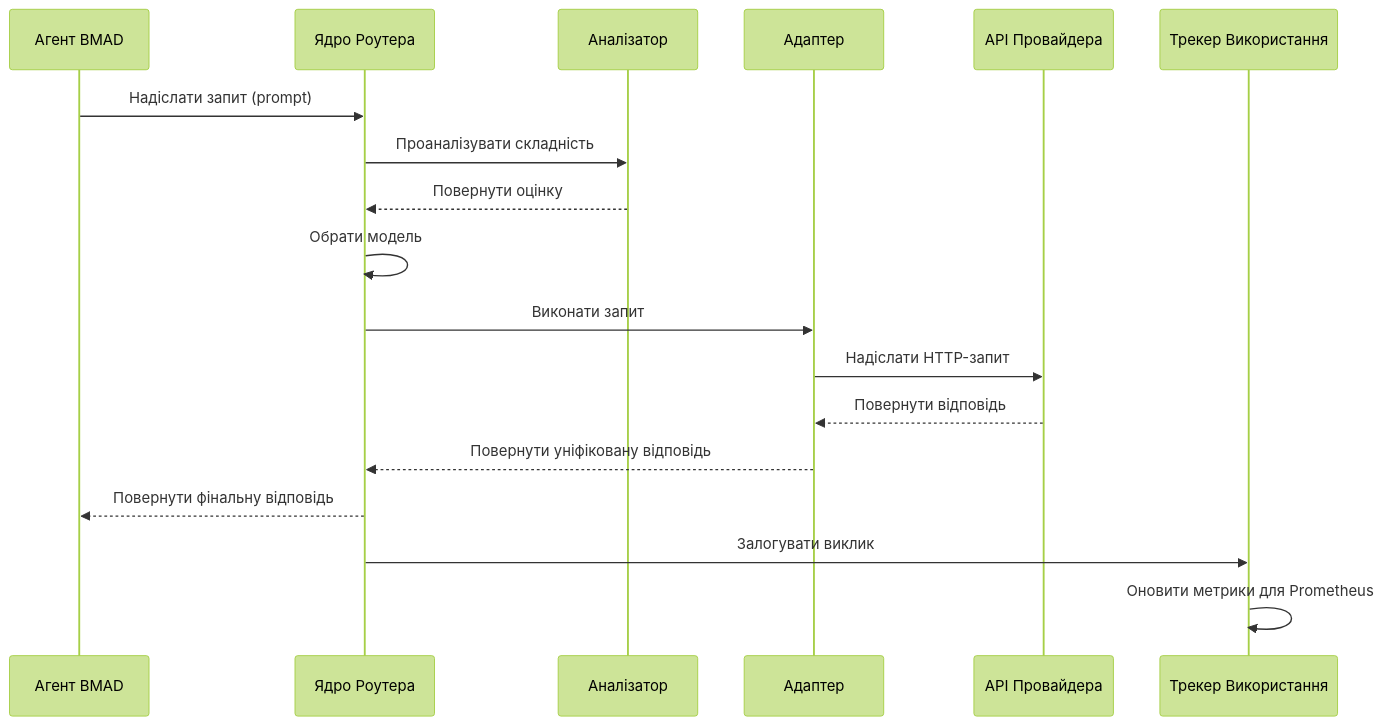
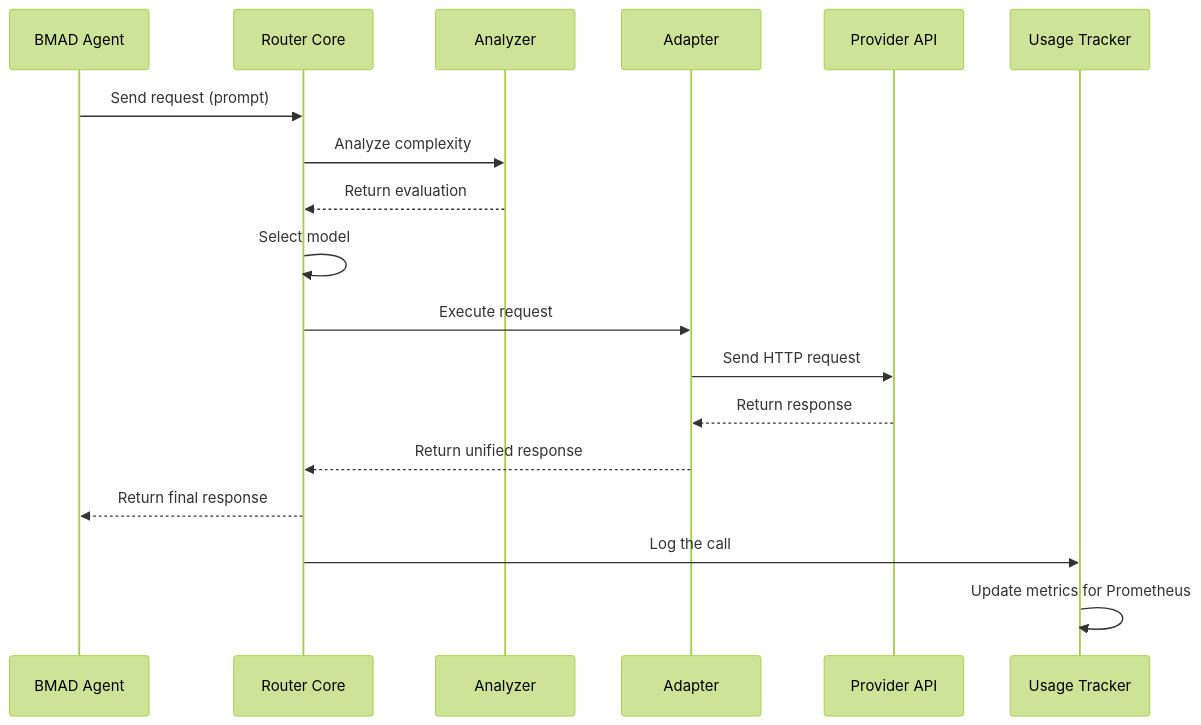
Before and after one commit to oblik-io/bmad-llm-router: the second of 2 diagrams in docs/architecture.md, drawn with Mermaid (forest theme). The commit also changed other lines of this file and 4 other files, not shown here.

````diff
--- a/docs/architecture.md
+++ b/docs/architecture.md
@@ -80,21 +78,21 @@
 ```mermaid
 sequenceDiagram
-    participant A as Агент BMAD
-    participant R as Ядро Роутера
-    participant An as Аналізатор
-    participant Ad as Адаптер
-    participant API as API Провайдера
-    participant T as Трекер Використання
+    participant A as BMAD Agent
+    participant R as Router Core
+    participant An as Analyzer
+    participant Ad as Adapter
+    participant API as Provider API
+    participant T as Usage Tracker
 
-    A->>R: Надіслати запит (prompt)
-    R->>An: Проаналізувати складність
-    An-->>R: Повернути оцінку
-    R->>R: Обрати модель
-    R->>Ad: Виконати запит
-    Ad->>API: Надіслати HTTP-запит
-    API-->>Ad: Повернути відповідь
-    Ad-->>R: Повернути уніфіковану відповідь
-    R-->>A: Повернути фінальну відповідь
-    R->>T: Залогувати виклик
-    T->>T: Оновити метрики для Prometheus
+    A->>R: Send request (prompt)
+    R->>An: Analyze complexity
+    An-->>R: Return evaluation
+    R->>R: Select model
+    R->>Ad: Execute request
+    Ad->>API: Send HTTP request
+    API-->>Ad: Return response
+    Ad-->>R: Return unified response
+    R-->>A: Return final response
+    R->>T: Log the call
+    T->>T: Update metrics for Prometheus
 ```
````
